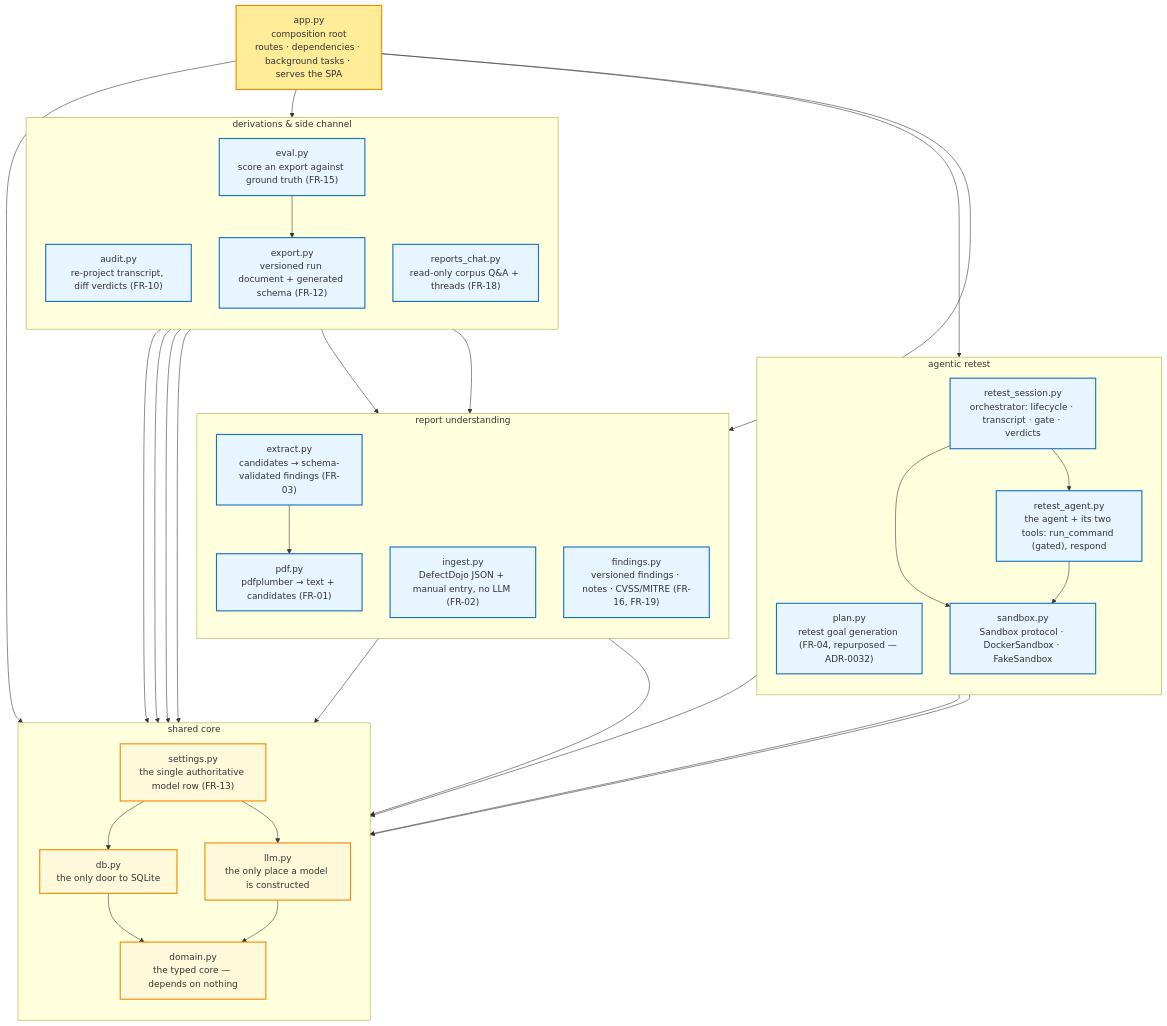
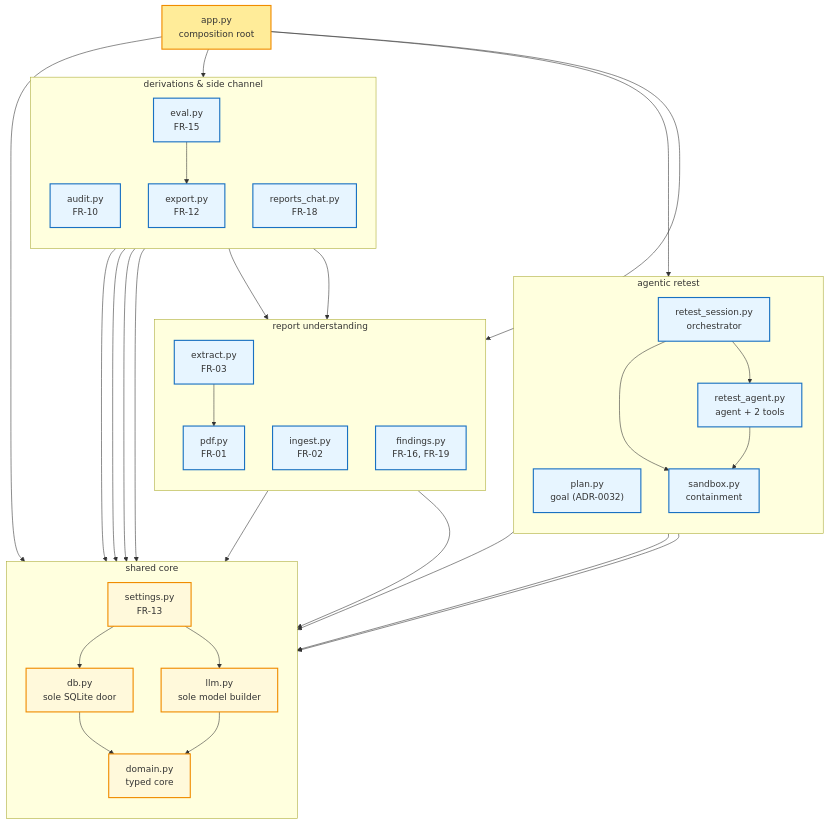
One commit to SelfishCoconut/revalid changed the third of 8 diagrams in docs/architecture/c4.md. Above: the diagram before and after it, drawn with Mermaid. The commit also changed other lines of this file and 14 other files, not shown here.

First line of the commit message:
docs(thesis): add the Design chapter, with figures generated from the architecture docs (#199)

````diff
--- a/docs/architecture/c4.md
+++ b/docs/architecture/c4.md
@@ -78,69 +97,69 @@
 ```mermaid
 flowchart TB
-    APP["app.py<br/>composition root<br/>routes · dependencies · background tasks · serves the SPA"]
+    APP["app.py<br/>composition root"]
 
     subgraph UND["report understanding"]
         direction TB
-        PDF["pdf.py<br/>pdfplumber → text + candidates (FR-01)"]
-        EXT["extract.py<br/>candidates → schema-validated findings (FR-03)"]
-        IGS["ingest.py<br/>DefectDojo JSON + manual entry, no LLM (FR-02)"]
-        FND["findings.py<br/>versioned findings · notes · CVSS/MITRE (FR-16, FR-19)"]
+        PDF["pdf.py<br/>FR-01"]
+        EXT["extract.py<br/>FR-03"]
+        IGS["ingest.py<br/>FR-02"]
+        FND["findings.py<br/>FR-16, FR-19"]
     end
 
     subgraph RET["agentic retest"]
         direction TB
-        PLN["plan.py<br/>retest goal generation (FR-04, repurposed — ADR-0032)"]
-        RSS["retest_session.py<br/>orchestrator: lifecycle · transcript · gate · verdicts"]
-        RAG["retest_agent.py<br/>the agent + its two tools: run_command (gated), respond"]
-        SBX["sandbox.py<br/>Sandbox protocol · DockerSandbox · FakeSandbox"]
+        PLN["plan.py<br/>goal (ADR-0032)"]
+        RSS["retest_session.py<br/>orchestrator"]
+        RAG["retest_agent.py<br/>agent + 2 tools"]
+        SBX["sandbox.py<br/>containment"]
     end
 
     subgraph DER["derivations & side channel"]
         direction TB
-        AUD["audit.py<br/>re-project transcript, diff verdicts (FR-10)"]
-        EXP["export.py<br/>versioned run document + generated schema (FR-12)"]
-        EVL["eval.py<br/>score an export against ground truth (FR-15)"]
-        CHT["reports_chat.py<br/>read-only corpus Q&A + threads (FR-18)"]
+        AUD["audit.py<br/>FR-10"]
+        EXP["export.py<br/>FR-12"]
+        EVL["eval.py<br/>FR-15"]
+        CHT["reports_chat.py<br/>FR-18"]
     end
 
     subgraph CORE["shared core"]
         direction TB
-        DOM["domain.py<br/>the typed core — depends on nothing"]
-        DBM["db.py<br/>the only door to SQLite"]
-        LLMM["llm.py<br/>the only place a model is constructed"]
-        SET["settings.py<br/>the single authoritative model row (FR-13)"]
+        DOM["domain.py<br/>typed core"]
+        DBM["db.py<br/>sole SQLite door"]
+        LLMM["llm.py<br/>sole model builder"]
+        SET["settings.py<br/>FR-13"]
     end
 
     APP --> UND
     APP --> RET
     APP --> DER
     APP --> SET
 
     EXT --> PDF
     EXT --> LLMM
     PLN --> LLMM
     RAG --> LLMM
     CHT --> LLMM
     CHT --> FND
     RSS --> RAG
     RSS --> SBX
     RAG --> SBX
     EXP --> FND
     EVL --> EXP
     SET --> LLMM
     FND --> DBM
     RSS --> DBM
     AUD --> DBM
     EXP --> DBM
     CHT --> DBM
     SET --> DBM
     DBM --> DOM
     LLMM --> DOM
 
     classDef root fill:#ffec99,stroke:#f08c00,stroke-width:2px
     classDef core fill:#fff9db,stroke:#f08c00,stroke-width:2px
     classDef comp fill:#e7f5ff,stroke:#1971c2,stroke-width:2px
     class APP root
     class DOM,DBM,LLMM,SET core
     class PDF,EXT,IGS,FND,PLN,RSS,RAG,SBX,AUD,EXP,EVL,CHT comp
 ```
````
